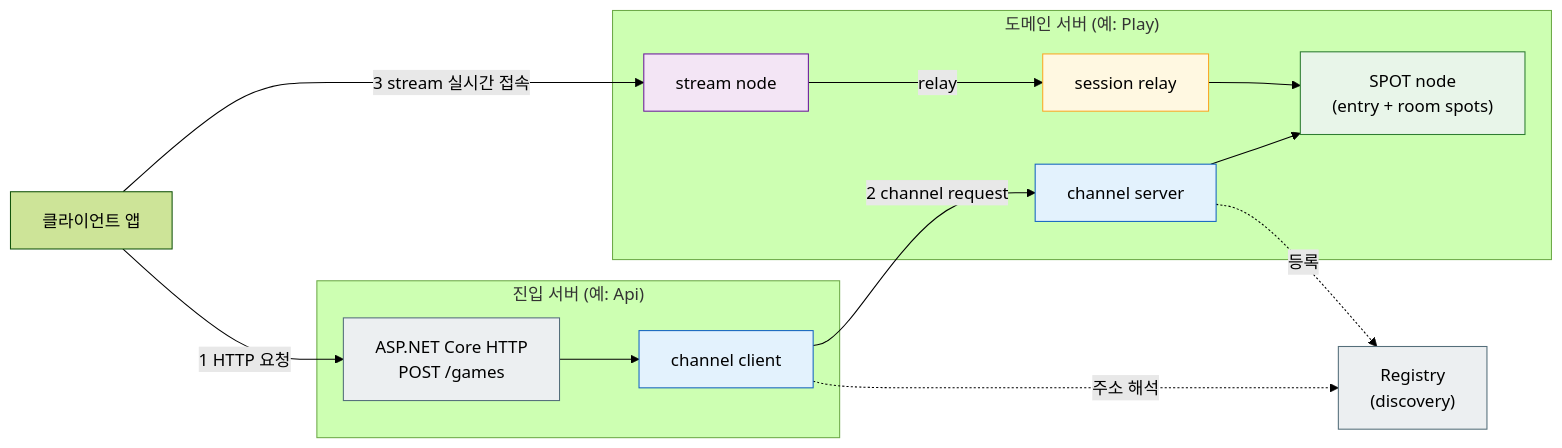
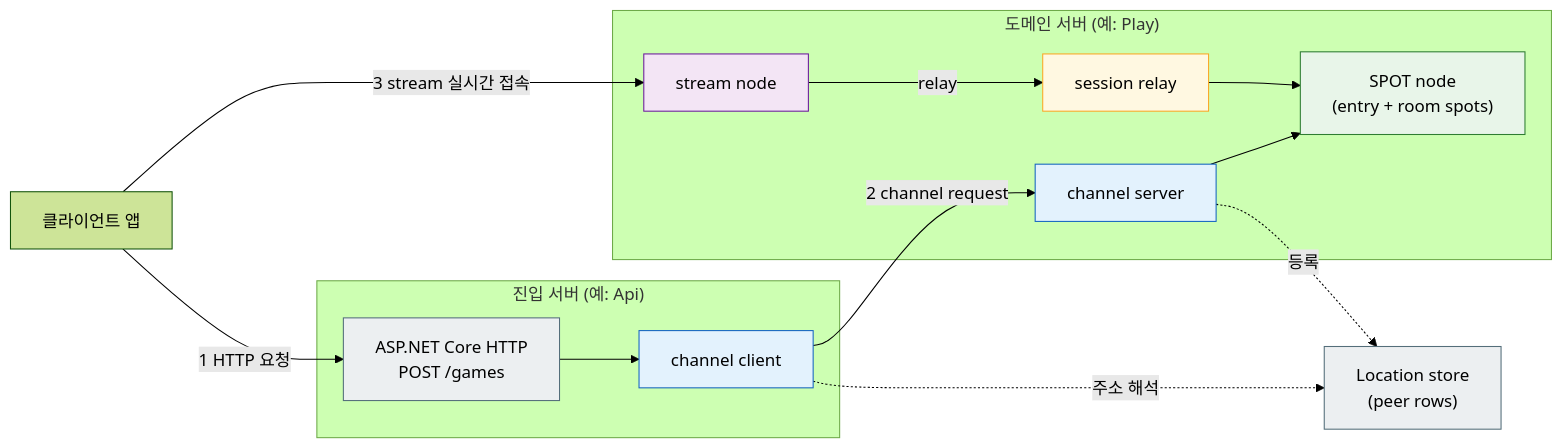
One commit to kairos-code-dev/zlink changed the second of 2 diagrams in framework/doc/framework/dotnet/guide/01-overview.ko.md. Above: the diagram before and after it, drawn with Mermaid (forest theme). The commit also changed other lines of this file and 30 other files, not shown here.

Commit message:
docs: update dotnet framework location store docs

````diff
--- a/framework/doc/framework/dotnet/guide/01-overview.ko.md
+++ b/framework/doc/framework/dotnet/guide/01-overview.ko.md
@@ -254,30 +254,30 @@
 ```mermaid
 flowchart LR
     Client["클라이언트 앱"]
     subgraph Api["진입 서버 (예: Api)"]
         HTTP["ASP.NET Core HTTP<br/>POST /games"]:::infra
         ApiC["channel client"]:::channel
     end
     subgraph Core["도메인 서버 (예: Play)"]
         CoreS["channel server"]:::channel
         SpotN["SPOT node<br/>(entry + room spots)"]:::spot
         StreamN["stream node"]:::stream
         ActorG["session relay"]:::actor
     end
-    Registry["Registry<br/>(discovery)"]:::infra
+    Store["Location store<br/>(peer rows)"]:::infra
 
     Client -- "1 HTTP 요청" --> HTTP
     HTTP --> ApiC
     ApiC -- "2 channel request" --> CoreS
     CoreS --> SpotN
     Client -- "3 stream 실시간 접속" --> StreamN
     StreamN -- "relay" --> ActorG --> SpotN
-    ApiC -.->|"주소 해석"| Registry
-    CoreS -.->|등록| Registry
+    ApiC -.->|"주소 해석"| Store
+    CoreS -.->|등록| Store
 
     classDef channel fill:#e3f2fd,stroke:#1565c0,color:#000000
     classDef spot fill:#e8f5e9,stroke:#2e7d32,color:#000000
     classDef actor fill:#fff8e1,stroke:#f9a825,color:#000000
     classDef stream fill:#f3e5f5,stroke:#6a1b9a,color:#000000
     classDef infra fill:#eceff1,stroke:#546e7a,color:#000000
 ```
````
